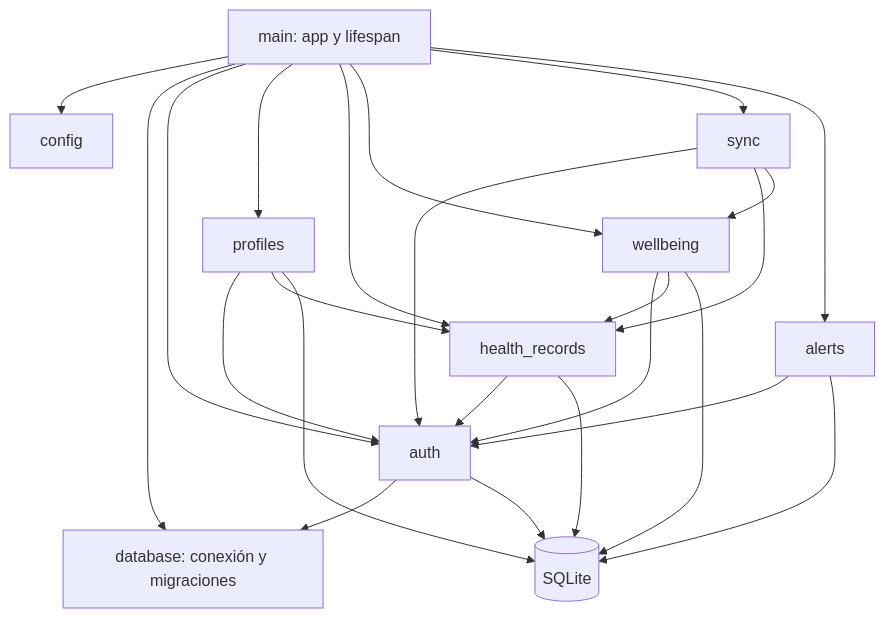
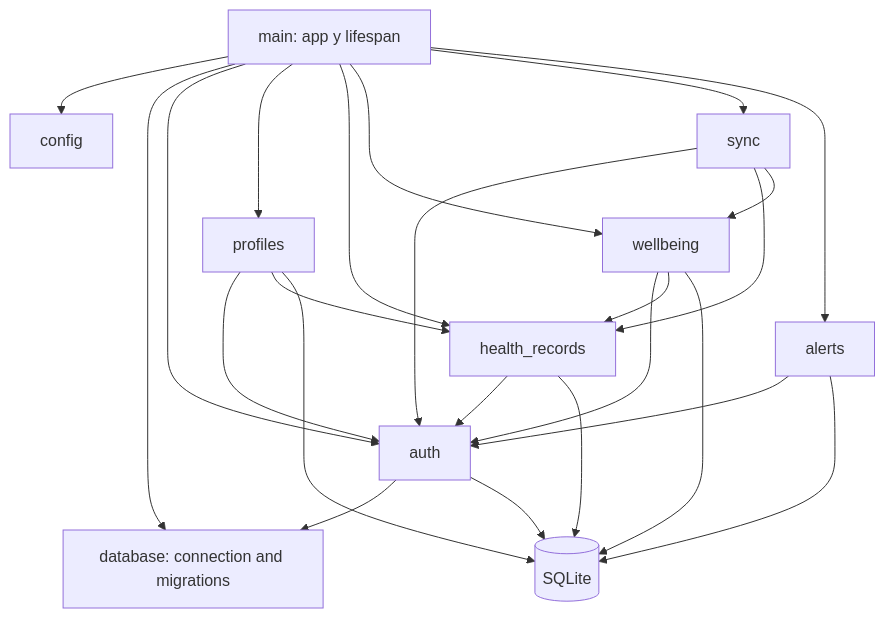
Before and after one commit to eir-nasa/Backend: the second of 3 diagrams in docs/technical/02-architecture.md, drawn with Mermaid. The commit also changed other lines of this file and 10 other files, not shown here.

````diff
--- a/docs/technical/02-architecture.md
+++ b/docs/technical/02-architecture.md
@@ -16,26 +16,26 @@
 ```mermaid
 flowchart TD
   M[main: app y lifespan] --> CFG[config]
-  M --> DB[database: conexión y migraciones]
+  M --> DB[database: connection and migrations]
   M --> AU[auth]
   M --> PR[profiles]
   M --> HE[health_records]
   M --> WE[wellbeing]
   M --> SY[sync]
   M --> AL[alerts]
   PR --> AU
   PR --> HE
   WE --> AU
   WE --> HE
   HE --> AU
   AL --> AU
   SY --> AU
   SY --> HE
   SY --> WE
   AU --> DB
   HE --> SQL[(SQLite)]
   WE --> SQL
   PR --> SQL
   AL --> SQL
   AU --> SQL
 ```
````
